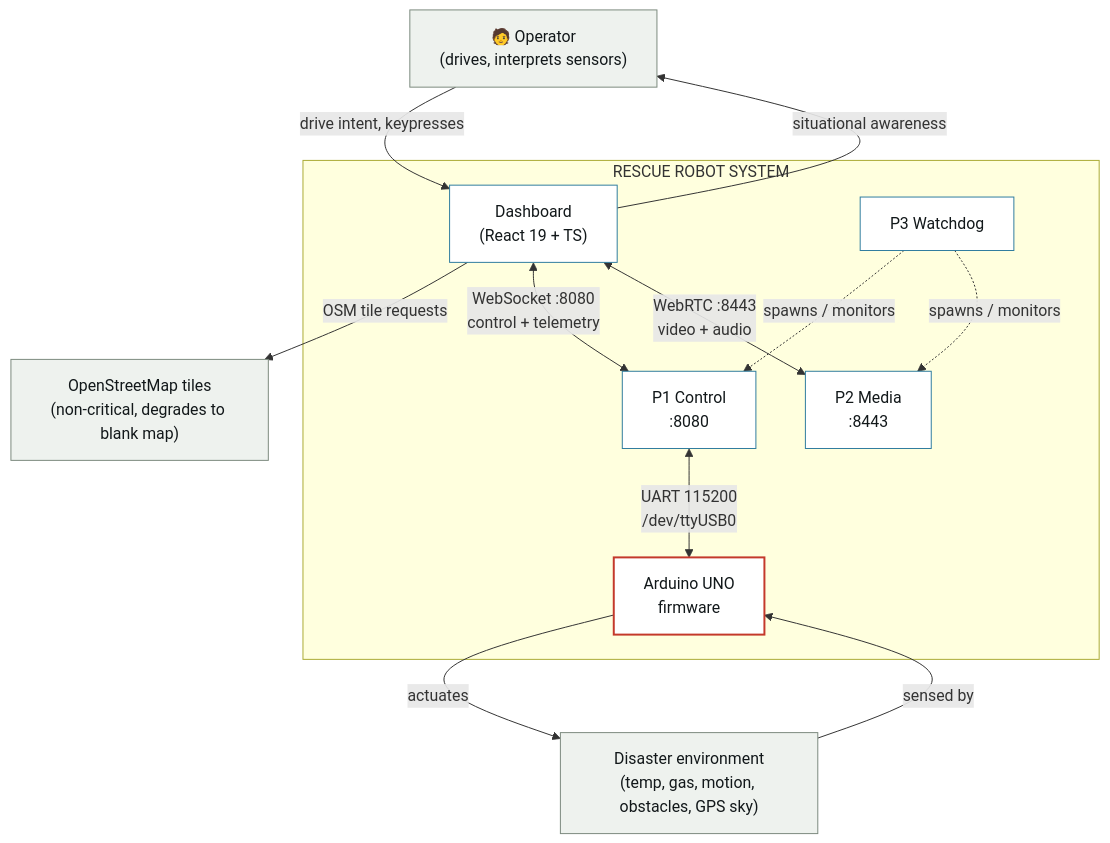
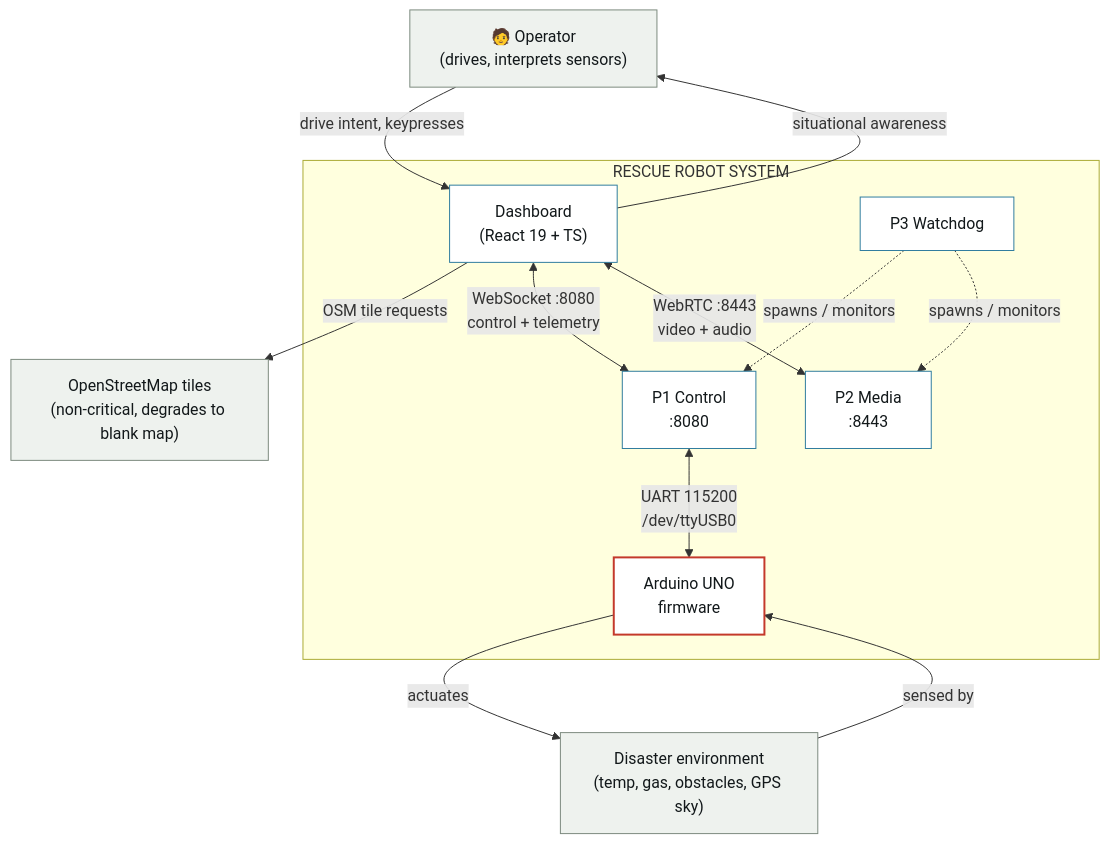
Before and after one commit to baiust999/robort-code-from-pi: the first of 13 diagrams in docs/ARCHITECTURE.md, drawn with Mermaid. The commit also changed other lines of this file and 19 other files, not shown here.

````diff
--- a/docs/ARCHITECTURE.md
+++ b/docs/ARCHITECTURE.md
@@ -16,33 +16,33 @@
 ```mermaid
 flowchart TB
     operator["🧑 Operator<br/>(drives, interprets sensors)"]
     osm["OpenStreetMap tiles<br/>(non-critical, degrades to blank map)"]
-    env["Disaster environment<br/>(temp, gas, motion, obstacles, GPS sky)"]
+    env["Disaster environment<br/>(temp, gas, obstacles, GPS sky)"]
 
     subgraph system["RESCUE ROBOT SYSTEM"]
         dashboard["Dashboard<br/>(React 19 + TS)"]
         p1["P1 Control<br/>:8080"]
         p2["P2 Media<br/>:8443"]
         p3["P3 Watchdog"]
         arduino["Arduino UNO<br/>firmware"]
     end
 
     operator -- "drive intent, keypresses" --> dashboard
     dashboard -- "situational awareness" --> operator
     dashboard -- "OSM tile requests" --> osm
 
     dashboard <-- "WebSocket :8080<br/>control + telemetry" --> p1
     dashboard <-- "WebRTC :8443<br/>video + audio" --> p2
     p3 -. "spawns / monitors" .-> p1
     p3 -. "spawns / monitors" .-> p2
     p1 <-- "UART 115200<br/>/dev/ttyUSB0" --> arduino
     arduino -- "actuates" --> env
     env -- "sensed by" --> arduino
 
     classDef ext fill:#eef2ee,stroke:#7C8A7E,color:#12181A;
     classDef core fill:#fff,stroke:#2F7C9E,color:#12181A;
     classDef safety fill:#fff,stroke:#C4392B,color:#12181A,stroke-width:2px;
     class operator,osm,env ext;
     class dashboard,p1,p2,p3 core;
     class arduino safety;
 ```
````
